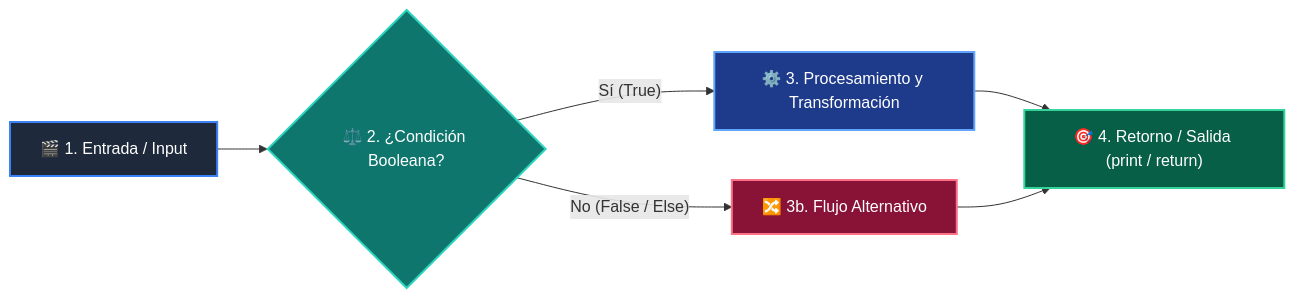
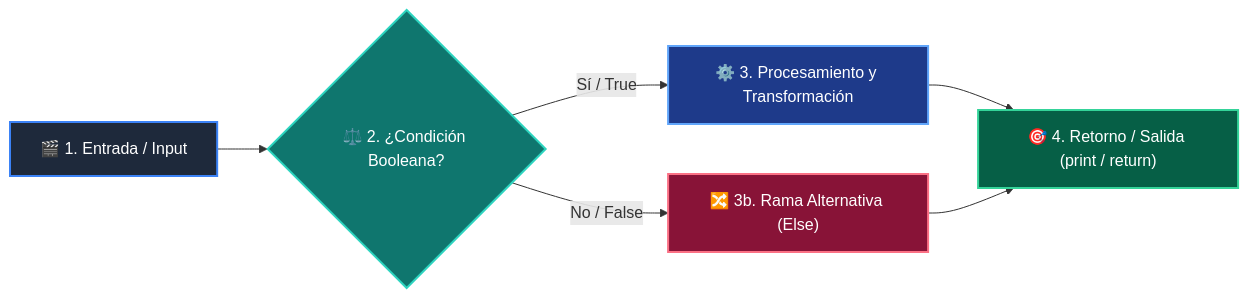
Before and after one commit to wisrovi/wisrovi-python: the diagram in docs/curso-01/clase-01.md, drawn with Mermaid. The commit also changed other lines of this file and 22 other files, not shown here.

Commit message:
docs: expand academy website into full interactive textbook with verified mermaid, tabs and admonitions

````diff
--- a/docs/curso-01/clase-01.md
+++ b/docs/curso-01/clase-01.md
@@ -78,14 +44,14 @@
 ```mermaid
 flowchart LR
     A["🎬 1. Entrada / Input"] --> B{"⚖️ 2. ¿Condición Booleana?"}
-    B -- "Sí (True)" --> C["⚙️ 3. Procesamiento y Transformación"]
-    B -- "No (False / Else)" --> D["🔀 3b. Flujo Alternativo"]
+    B -->|Sí / True| C["⚙️ 3. Procesamiento y Transformación"]
+    B -->|No / False| D["🔀 3b. Rama Alternativa (Else)"]
     C --> E["🎯 4. Retorno / Salida (print / return)"]
     D --> E
 
-    style A fill:#1e293b,color:#fff,stroke:#3b82f6,stroke-width:2px
-    style B fill:#0f766e,color:#fff,stroke:#2dd4bf,stroke-width:2px
-    style C fill:#1e3a8a,color:#fff,stroke:#60a5fa,stroke-width:2px
-    style D fill:#881337,color:#fff,stroke:#fb7185,stroke-width:2px
-    style E fill:#065f46,color:#fff,stroke:#34d399,stroke-width:2px
+    style A fill:#1e293b,color:#ffffff,stroke:#3b82f6,stroke-width:2px
+    style B fill:#0f766e,color:#ffffff,stroke:#2dd4bf,stroke-width:2px
+    style C fill:#1e3a8a,color:#ffffff,stroke:#60a5fa,stroke-width:2px
+    style D fill:#881337,color:#ffffff,stroke:#fb7185,stroke-width:2px
+    style E fill:#065f46,color:#ffffff,stroke:#34d399,stroke-width:2px
 ```
````
